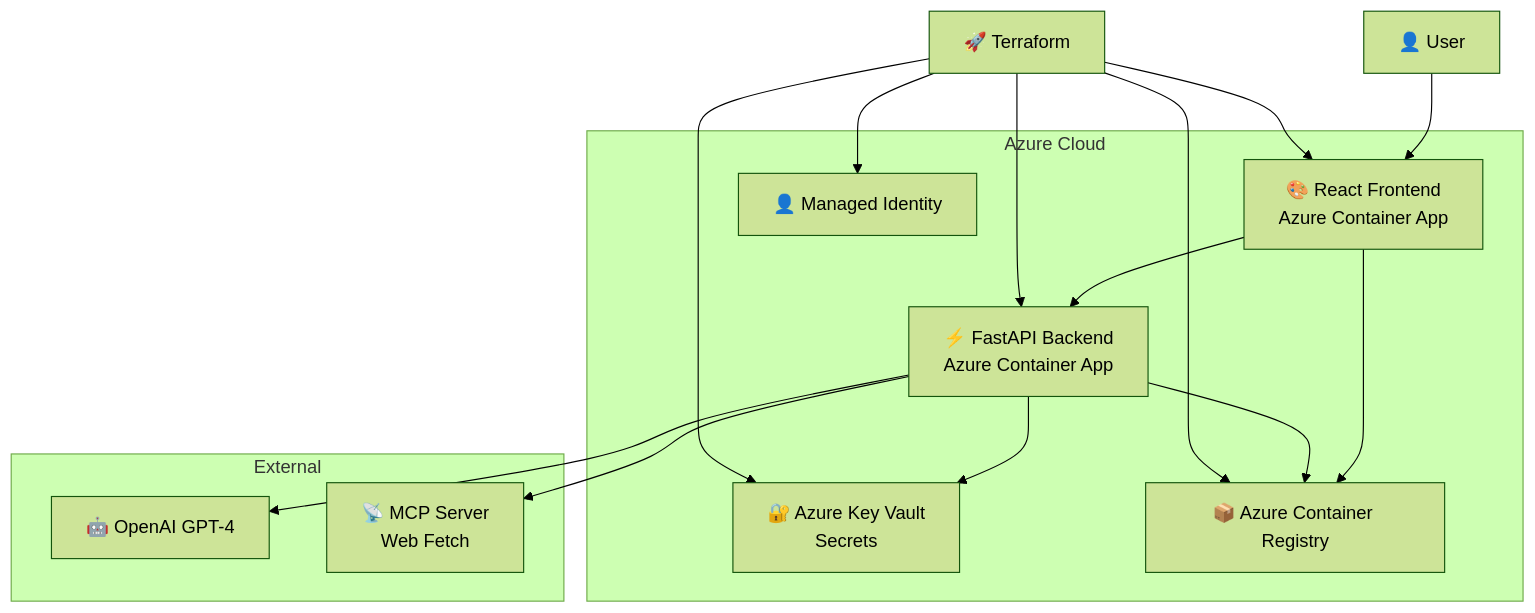
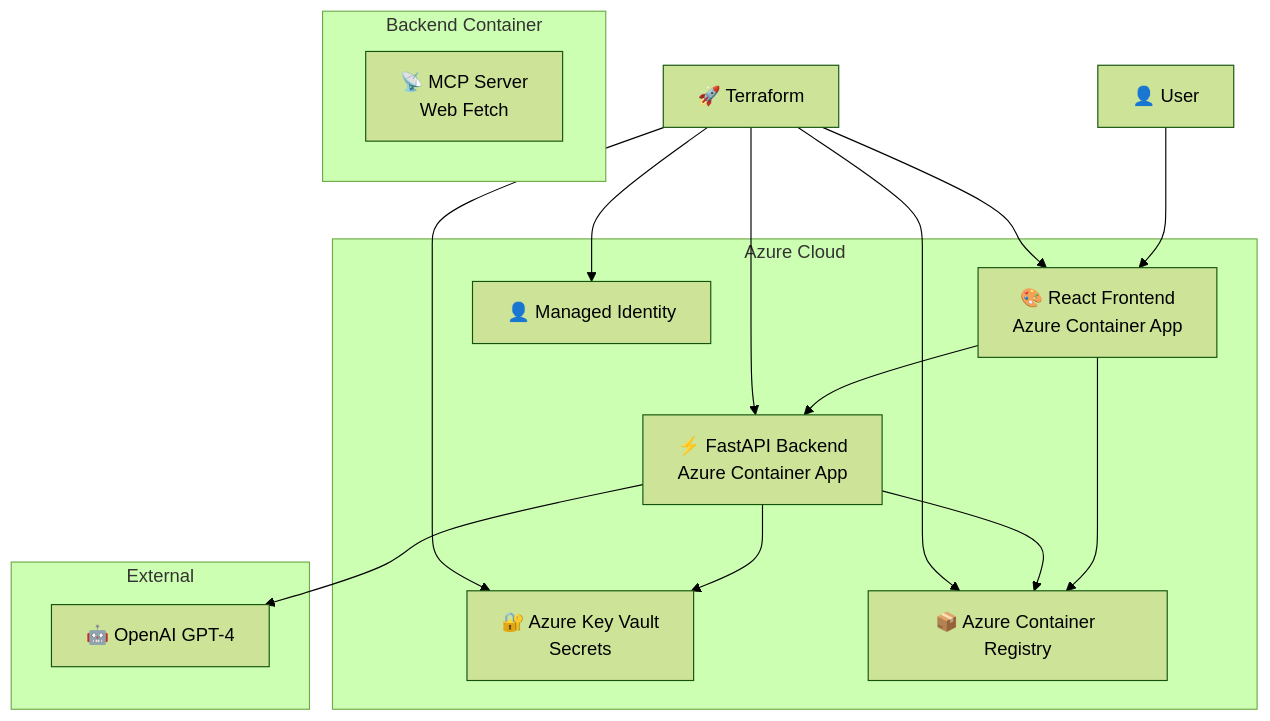
The diagram in README.md (rafaelpierre/vibe-to-live-agents-mcp), drawn with Mermaid (forest theme) before and after one commit.

````diff
--- a/README.md
+++ b/README.md
@@ -120,30 +120,32 @@
 ```mermaid
 graph TB
     User[👤 User] --> Frontend[🎨 React Frontend<br/>Azure Container App]
     Frontend --> Backend[⚡ FastAPI Backend<br/>Azure Container App]
     Backend --> OpenAI[🤖 OpenAI GPT-4]
-    Backend --> MCP[📡 MCP Server<br/>Web Fetch]
     Backend --> KV[🔐 Azure Key Vault<br/>Secrets]
     
     Frontend --> ACR[📦 Azure Container Registry]
     Backend --> ACR
     
     TF[🚀 Terraform] --> ACR
     TF --> Frontend
     TF --> Backend
     TF --> KV
     TF --> MI[👤 Managed Identity]
     
+    subgraph "Backend Container"
+        MCP[📡 MCP Server<br/>Web Fetch]
+    end
+    
     subgraph "Azure Cloud"
         Frontend
         Backend
         ACR
         KV
         MI
     end
     
     subgraph "External"
         OpenAI
-        MCP
     end
 ```
````
